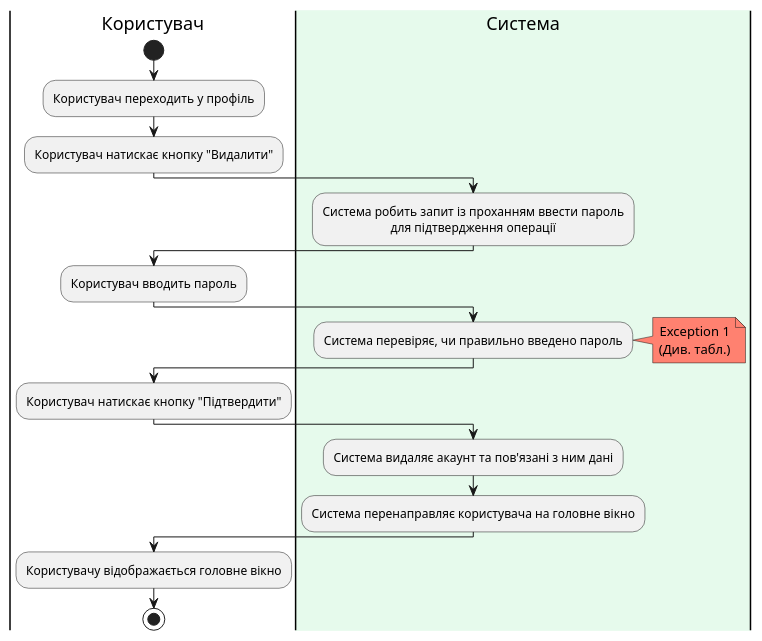
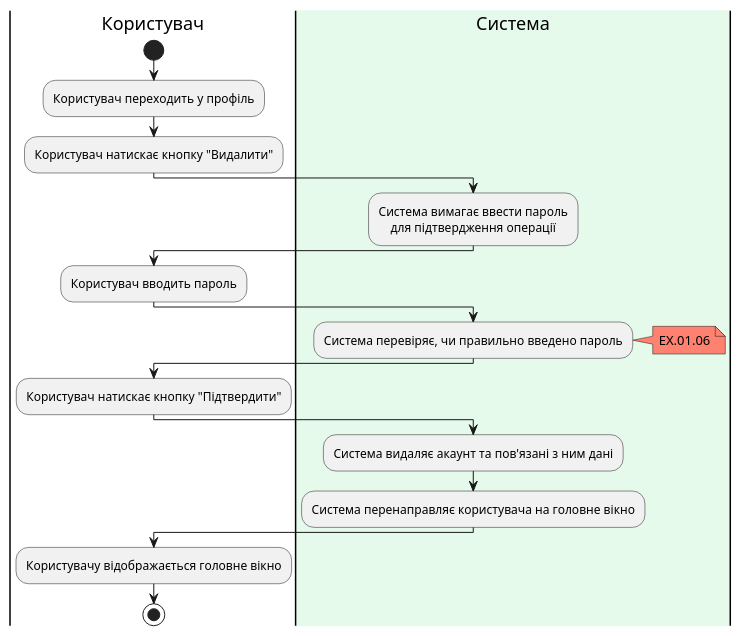
The eighth of 16 diagrams in docs/use_cases.md (generalmaks/db_labs), drawn with PlantUML before and after one commit. The commit also changed other lines of this file, not shown here.

Commit message:
Update activity diagram of RemoveUserAccount

````diff
--- a/docs/use_cases.md
+++ b/docs/use_cases.md
@@ -414,38 +414,37 @@
 ```plantuml
 @startuml
 |Користувач|
 start
 skinparam defaultTextAlignment center
 
 |Користувач|
 :Користувач переходить у профіль;
 :Користувач натискає кнопку "Видалити";
 
 
 |#e6faec|Система|
-:Система робить запит із проханням ввести пароль 
+:Cистема вимагає ввести пароль 
 для підтвердження операції;
 
 |Користувач|
 :Користувач вводить пароль;
 
 |#e6faec|Система|
 :Система перевіряє, чи правильно введено пароль;
 note right #ff8170
-Exception 1
-(Див. табл.)
+EX.01.06
 end note
 
 |Користувач|
 :Користувач натискає кнопку "Підтвердити";
 
 |#e6faec|Система|
 :Система видаляє акаунт та пов'язані з ним дані;
 :Система перенаправляє користувача на головне вікно;
 
 |Користувач|
 :Користувачу відображається головне вікно;
 
 stop
 @enduml
 ```
````
